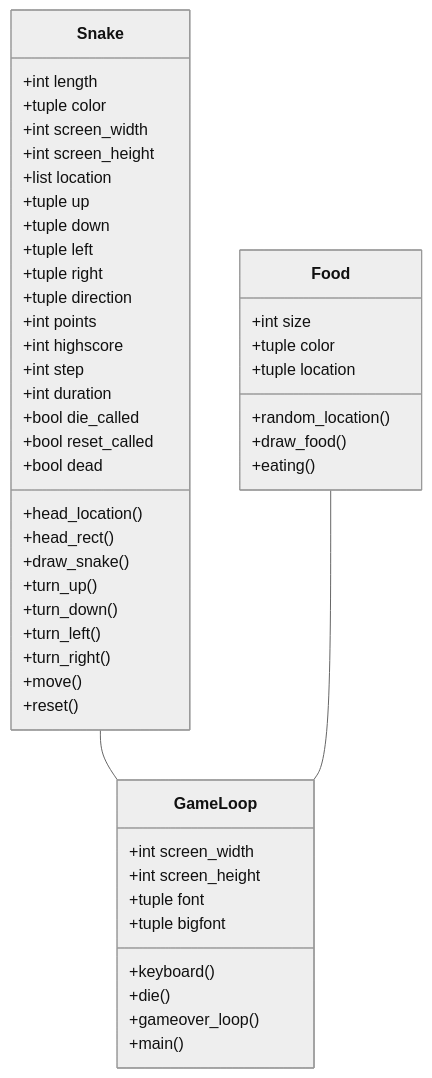
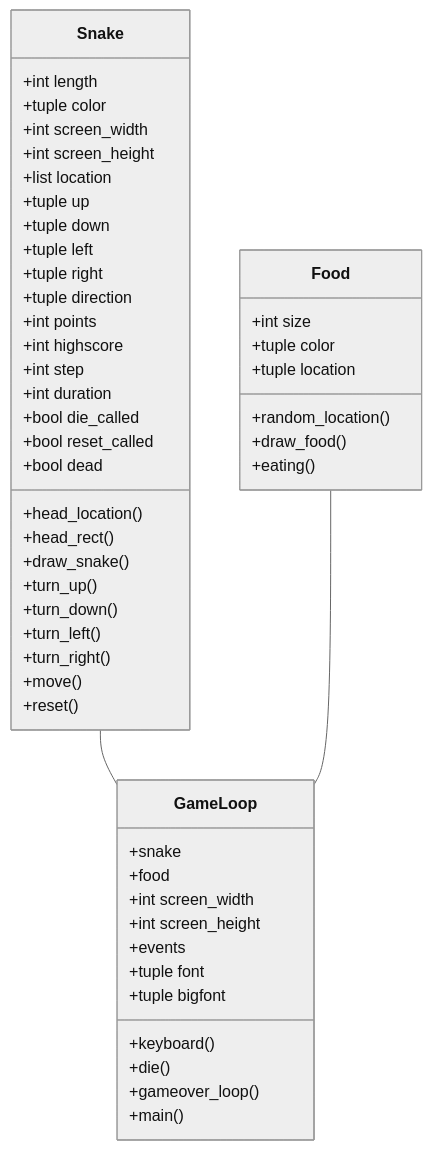
One commit to lottapispa/ot-harjoitystyo changed the first of 3 diagrams in dokumentaatio/arkkitehtuuri.md. Above: the diagram before and after it, drawn with Mermaid (neutral theme).

````diff
--- a/dokumentaatio/arkkitehtuuri.md
+++ b/dokumentaatio/arkkitehtuuri.md
@@ -6,51 +6,54 @@
 ```mermaid
 classDiagram
     Snake -- GameLoop
     Food -- GameLoop
     class Snake{
         +int length
         +tuple color
         +int screen_width
         +int screen_height
         +list location
         +tuple up
         +tuple down
         +tuple left
         +tuple right
         +tuple direction
         +int points
         +int highscore
         +int step
         +int duration
         +bool die_called
         +bool reset_called
         +bool dead
         +head_location()
         +head_rect()
         +draw_snake()
         +turn_up()
         +turn_down()
         +turn_left()
         +turn_right()
         +move()
         +reset()
     }
     class Food{
         +int size
         +tuple color
         +tuple location
         +random_location()
         +draw_food()
         +eating()
     }
     class GameLoop{
+        +snake
+        +food
         +int screen_width
         +int screen_height
+        +events
         +tuple font
         +tuple bigfont
         +keyboard()
         +die()
         +gameover_loop()
         +main()
     }
 ```
````
